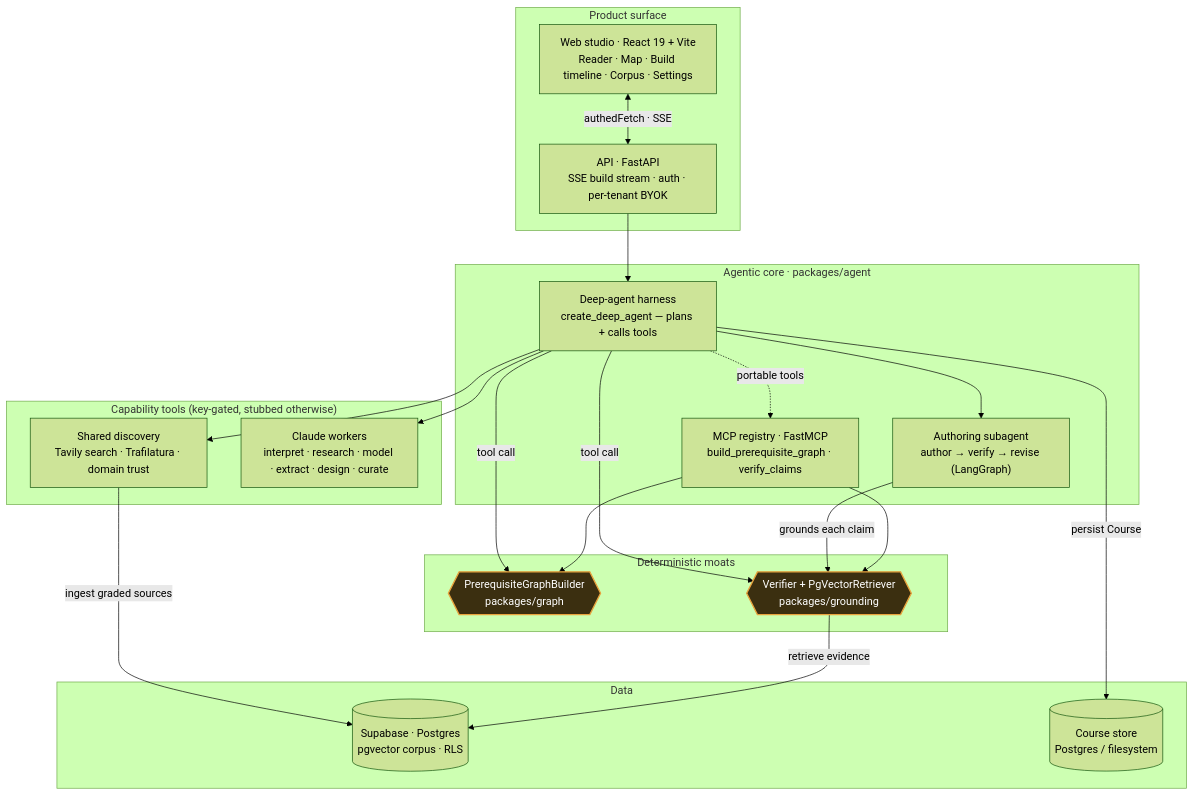
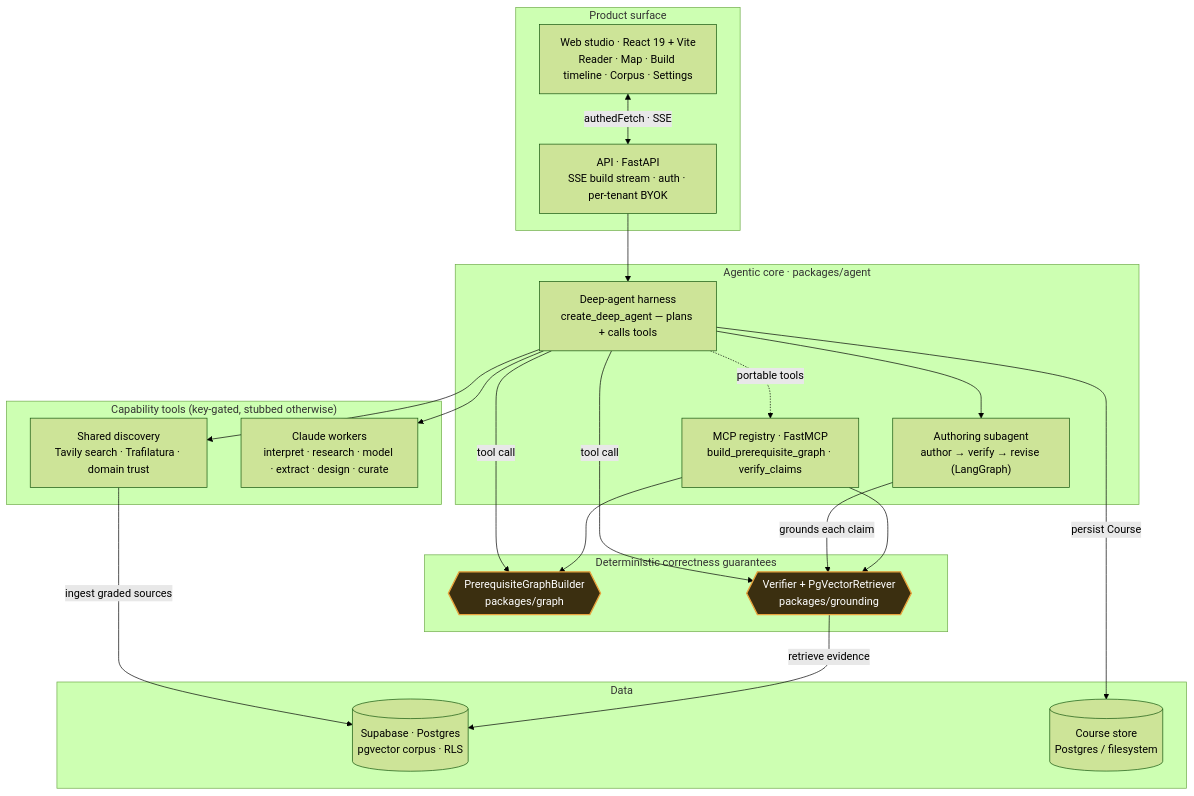
One commit to PouyanJay/lunaris changed the first of 4 diagrams in documentation/architecture.md. Above: the diagram before and after it, drawn with Mermaid (forest theme). The commit also changed other lines of this file and 10 other files, not shown here.

````diff
--- a/documentation/architecture.md
+++ b/documentation/architecture.md
@@ -19,46 +30,46 @@
 ```mermaid
 flowchart TB
     subgraph Surface["Product surface"]
         WEB["Web studio · React 19 + Vite<br/>Reader · Map · Build timeline · Corpus · Settings"]
         API["API · FastAPI<br/>SSE build stream · auth · per-tenant BYOK"]
     end
 
     subgraph Core["Agentic core · packages/agent"]
         HARNESS["Deep-agent harness<br/>create_deep_agent — plans + calls tools"]
         SUB["Authoring subagent<br/>author → verify → revise (LangGraph)"]
         MCP["MCP registry · FastMCP<br/>build_prerequisite_graph · verify_claims"]
     end
 
-    subgraph Moats["Deterministic moats"]
+    subgraph Guarantees["Deterministic correctness guarantees"]
         GRAPH{{"PrerequisiteGraphBuilder<br/>packages/graph"}}
         VERIFY{{"Verifier + PgVectorRetriever<br/>packages/grounding"}}
     end
 
     subgraph Capabilities["Capability tools (key-gated, stubbed otherwise)"]
         DISC["Shared discovery<br/>Tavily search · Trafilatura · domain trust"]
         WORKERS["Claude workers<br/>interpret · research · model · extract · design · curate"]
     end
 
     subgraph DataLayer["Data"]
         PG[("Supabase · Postgres<br/>pgvector corpus · RLS")]
         STORE[("Course store<br/>Postgres / filesystem")]
     end
 
     WEB <-->|"authedFetch · SSE"| API
     API --> HARNESS
     HARNESS --> WORKERS
     HARNESS --> SUB
     HARNESS -->|tool call| GRAPH
     HARNESS -->|tool call| VERIFY
     SUB -->|grounds each claim| VERIFY
     HARNESS --> DISC
     DISC -->|ingest graded sources| PG
     VERIFY -->|retrieve evidence| PG
     HARNESS -->|persist Course| STORE
     HARNESS -.portable tools.-> MCP
     MCP --> GRAPH
     MCP --> VERIFY
 
-    classDef moat fill:#3b2f10,stroke:#e8a33d,stroke-width:2px,color:#fff;
-    class GRAPH,VERIFY moat
+    classDef guarantee fill:#3b2f10,stroke:#e8a33d,stroke-width:2px,color:#fff;
+    class GRAPH,VERIFY guarantee
 ```
````
